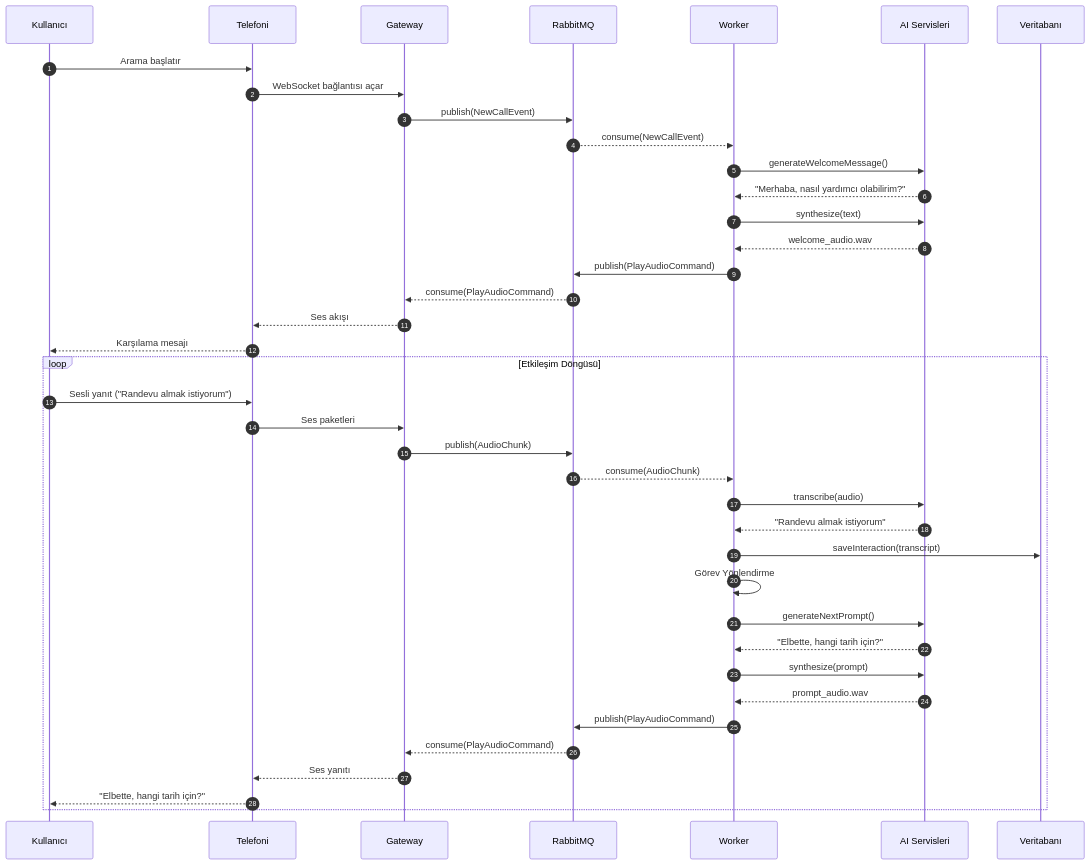
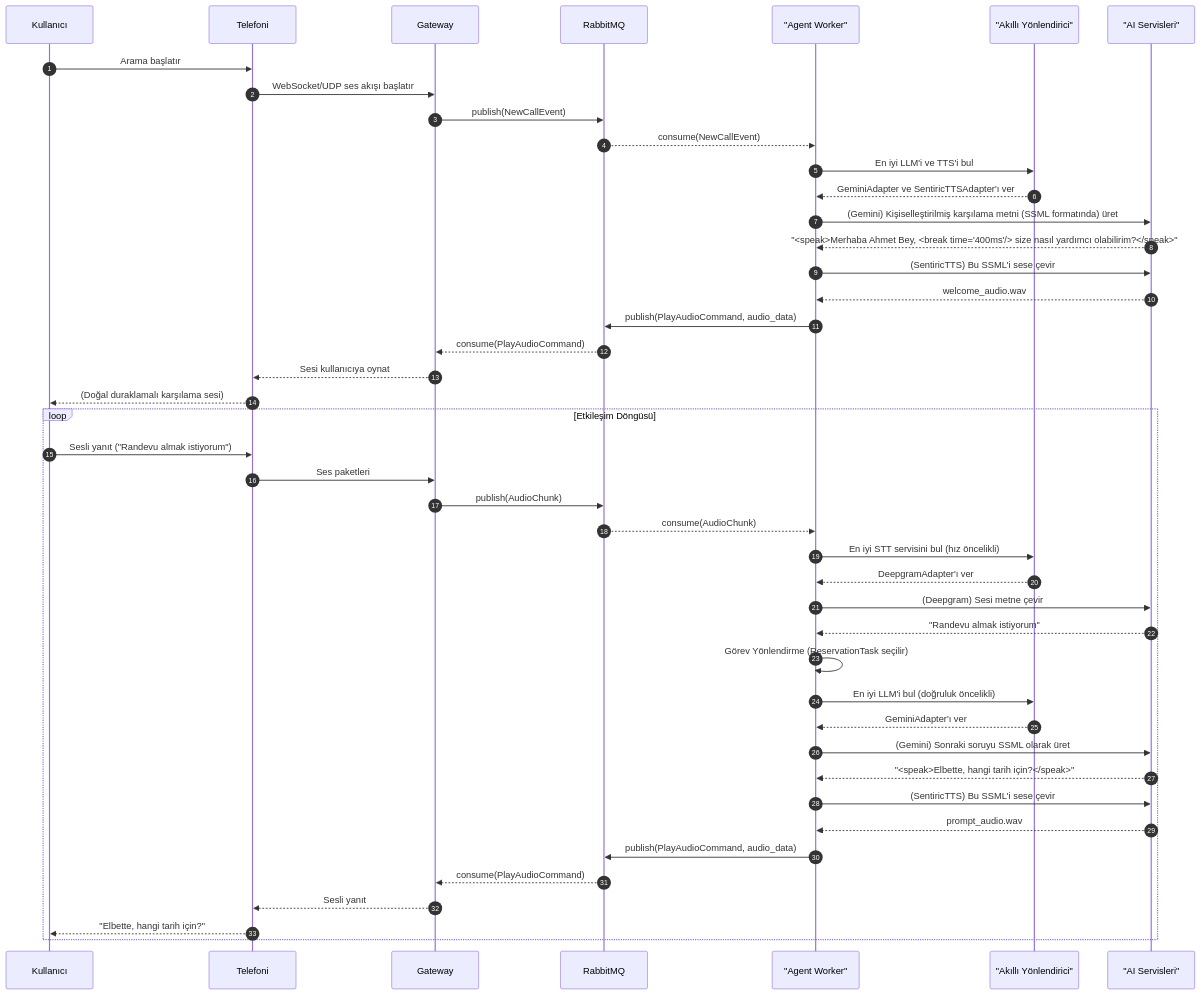
The third of 3 diagrams in docs/blueprint/Architecture-Overview.md (sentiric/sentiric-governance), drawn with Mermaid before and after one commit. The commit also changed other lines of this file, not shown here.

First line of the commit message:
feat(docs): Mimariyi Akıllı Yönlendirme ve SSML ile yeniden yapılandır (v4)

````diff
--- a/docs/blueprint/Architecture-Overview.md
+++ b/docs/blueprint/Architecture-Overview.md
@@ -123,46 +99,57 @@
 ```mermaid
 sequenceDiagram
     autonumber
     participant K as Kullanıcı
     participant T as Telefoni
     participant G as Gateway
     participant MQ as RabbitMQ
-    participant W as Worker
-    participant AI as AI Servisleri
-    participant DB as Veritabanı
+    participant W as "Agent Worker"
+    participant R as "Akıllı Yönlendirici"
+    participant AI as "AI Servisleri"
 
     K->>T: Arama başlatır
-    T->>G: WebSocket bağlantısı açar
+    T->>G: WebSocket/UDP ses akışı başlatır
     G->>MQ: publish(NewCallEvent)
     
     MQ-->>W: consume(NewCallEvent)
-    W->>AI: generateWelcomeMessage()
-    AI-->>W: "Merhaba, nasıl yardımcı olabilirim?"
-    W->>AI: synthesize(text)
+    W->>R: En iyi LLM'i ve TTS'i bul
+    R-->>W: GeminiAdapter ve SentiricTTSAdapter'ı ver
+    
+    W->>AI: (Gemini) Kişiselleştirilmiş karşılama metni (SSML formatında) üret
+    AI-->>W: "<speak>Merhaba Ahmet Bey, <break time='400ms'/> size nasıl yardımcı olabilirim?</speak>"
+    
+    W->>AI: (SentiricTTS) Bu SSML'i sese çevir
     AI-->>W: welcome_audio.wav
-    W->>MQ: publish(PlayAudioCommand)
+    
+    W->>MQ: publish(PlayAudioCommand, audio_data)
     MQ-->>G: consume(PlayAudioCommand)
-    G-->>T: Ses akışı
-    T-->>K: Karşılama mesajı
+    G-->>T: Sesi kullanıcıya oynat
+    T-->>K: (Doğal duraklamalı karşılama sesi)
 
     loop Etkileşim Döngüsü
         K->>T: Sesli yanıt ("Randevu almak istiyorum")
         T->>G: Ses paketleri
         G->>MQ: publish(AudioChunk)
         
         MQ-->>W: consume(AudioChunk)
-        W->>AI: transcribe(audio)
+        W->>R: En iyi STT servisini bul (hız öncelikli)
+        R-->>W: DeepgramAdapter'ı ver
+        W->>AI: (Deepgram) Sesi metne çevir
         AI-->>W: "Randevu almak istiyorum"
-        W->>DB: saveInteraction(transcript)
         
-        W->>W: Görev Yönlendirme
-        W->>AI: generateNextPrompt()
-        AI-->>W: "Elbette, hangi tarih için?"
-        W->>AI: synthesize(prompt)
+        W->>W: Görev Yönlendirme (ReservationTask seçilir)
+        
+        W->>R: En iyi LLM'i bul (doğruluk öncelikli)
+        R-->>W: GeminiAdapter'ı ver
+        W->>AI: (Gemini) Sonraki soruyu SSML olarak üret
+        AI-->>W: "<speak>Elbette, hangi tarih için?</speak>"
+        
+        W->>AI: (SentiricTTS) Bu SSML'i sese çevir
         AI-->>W: prompt_audio.wav
-        W->>MQ: publish(PlayAudioCommand)
+        
+        W->>MQ: publish(PlayAudioCommand, audio_data)
         MQ-->>G: consume(PlayAudioCommand)
-        G-->>T: Ses yanıtı
+        G-->>T: Sesli yanıt
         T-->>K: "Elbette, hangi tarih için?"
     end
 ```
````
